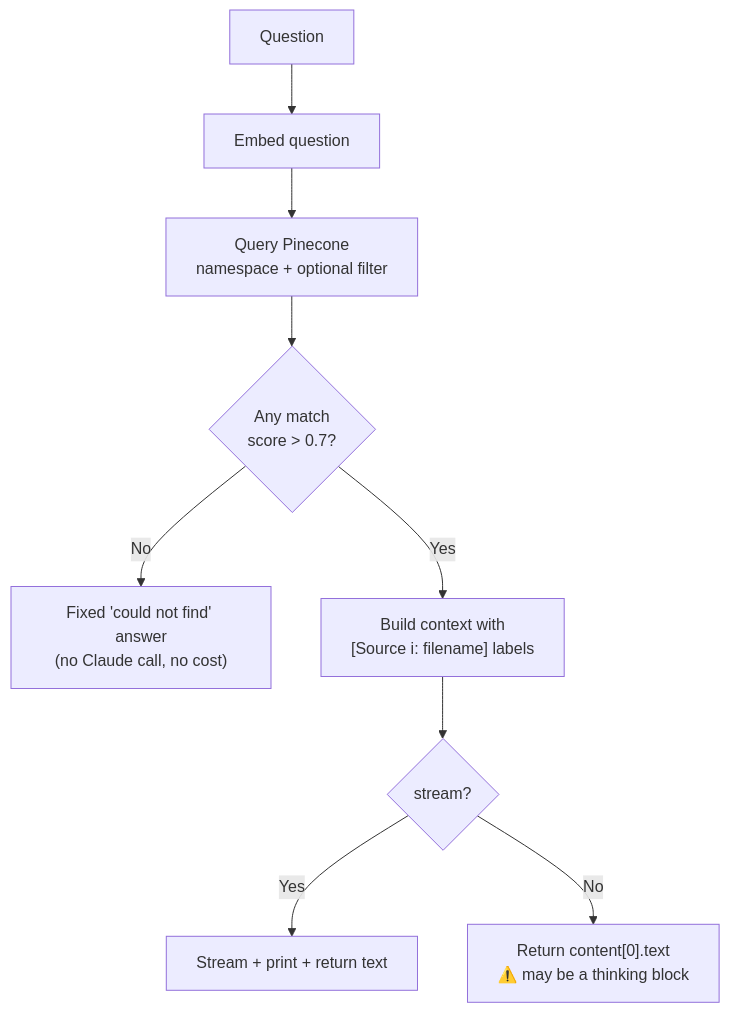
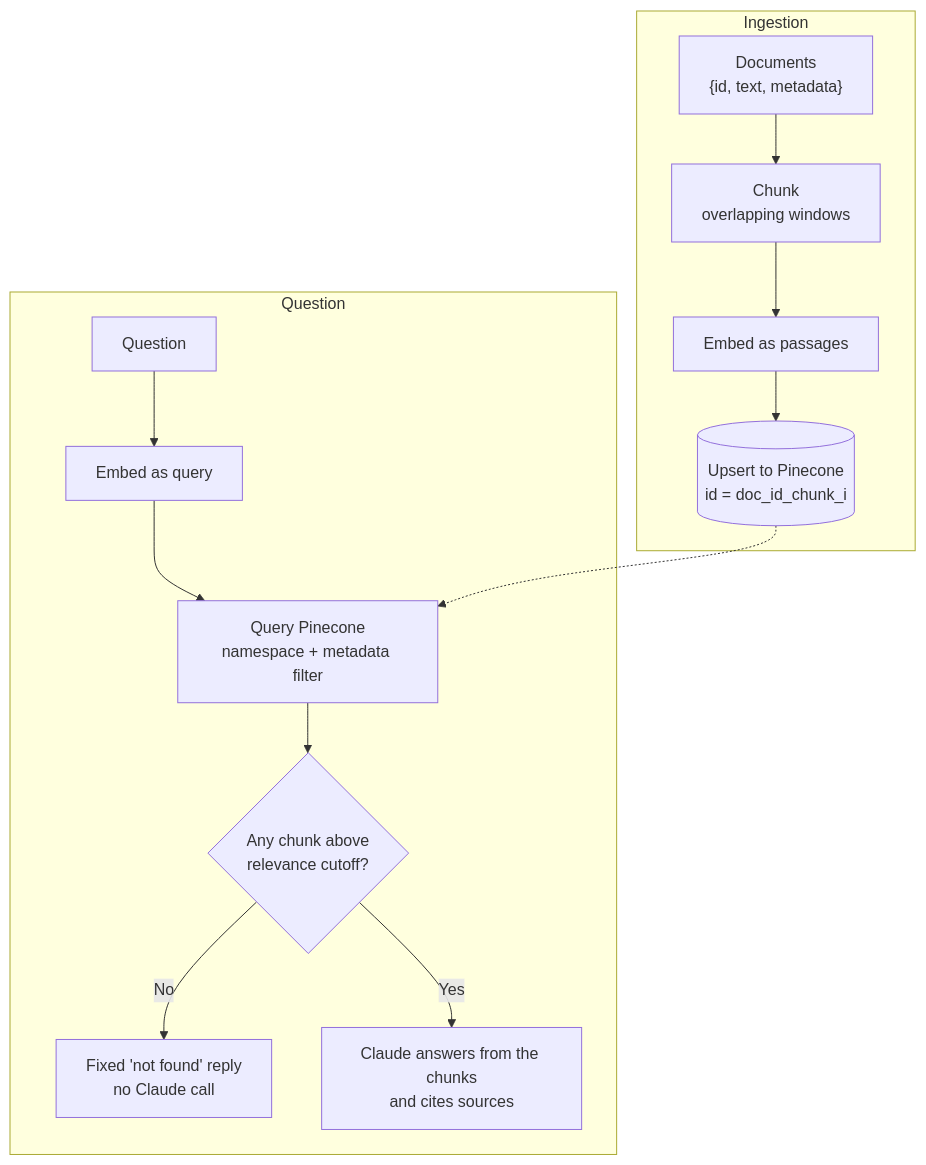
The second of 2 diagrams in ARCHITECTURE.md (lsolor/korg-pdf-qa), drawn with Mermaid before and after one commit. The commit also changed other lines of this file and 12 other files, not shown here.

````diff
--- a/ARCHITECTURE.md
+++ b/ARCHITECTURE.md
@@ -297,11 +44,16 @@
 ```mermaid
-flowchart TD
-    A[Question] --> B[Embed question]
-    B --> C["Query Pinecone<br/>namespace + optional filter"]
-    C --> D{"Any match<br/>score > 0.7?"}
-    D -- No --> E["Fixed 'could not find' answer<br/>(no Claude call, no cost)"]
-    D -- Yes --> F["Build context with<br/>[Source i: filename] labels"]
-    F --> G{stream?}
-    G -- Yes --> H[Stream + print + return text]
-    G -- No --> I["Return content[0].text<br/>⚠️ may be a thinking block"]
+flowchart TB
+    subgraph ingest [Ingestion]
+        D["Documents<br/>{id, text, metadata}"] --> C[Chunk<br/>overlapping windows]
+        C --> E1[Embed as passages]
+        E1 --> U[(Upsert to Pinecone<br/>id = doc_id_chunk_i)]
+    end
+    subgraph query [Question]
+        Q[Question] --> E2[Embed as query]
+        E2 --> R["Query Pinecone<br/>namespace + metadata filter"]
+        R --> G{Any chunk above<br/>relevance cutoff?}
+        G -- No --> N[Fixed 'not found' reply<br/>no Claude call]
+        G -- Yes --> L[Claude answers from the chunks<br/>and cites sources]
+    end
+    U -.-> R
 ```
````
